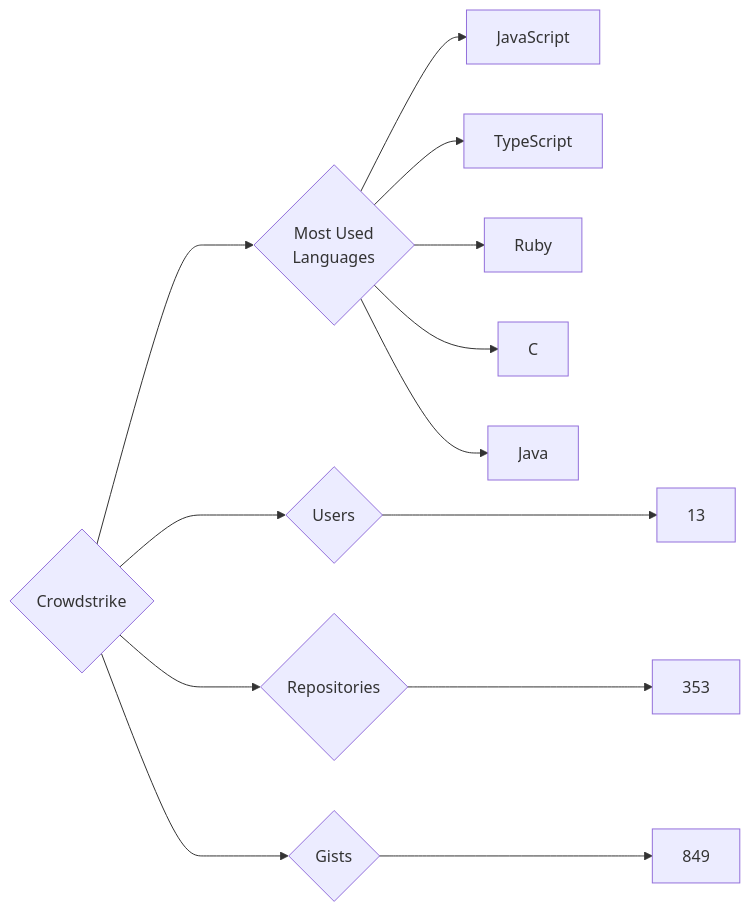
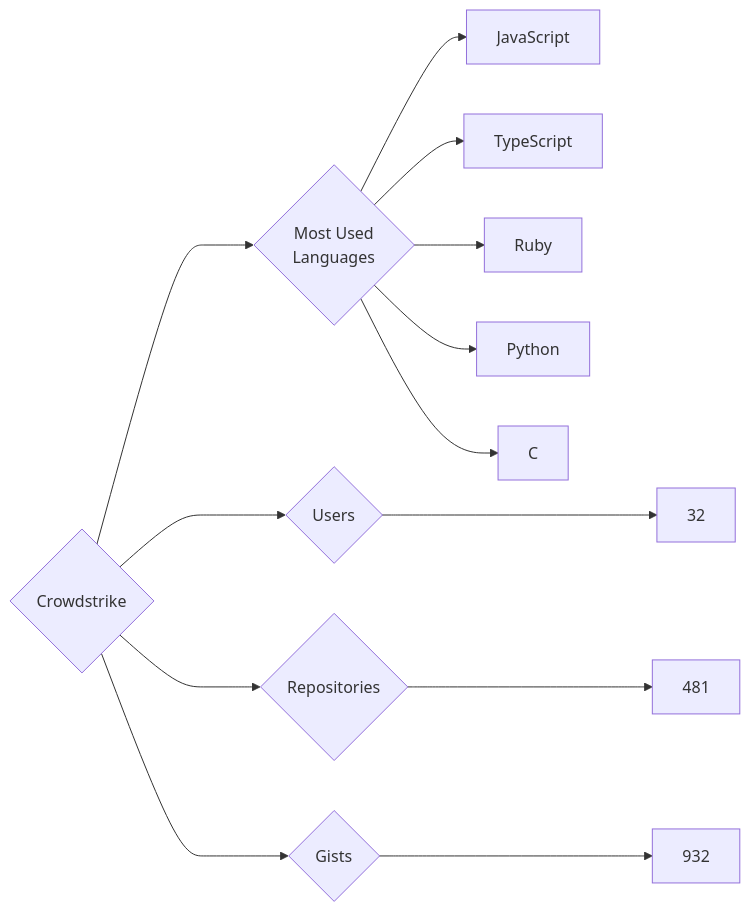
The diagram in targets/Crowdstrike/README.md (trickest/insiders), drawn with Mermaid before and after one commit. The commit also changed 681 other files, not shown here.

````diff
--- a/targets/Crowdstrike/README.md
+++ b/targets/Crowdstrike/README.md
@@ -3,13 +3,13 @@
 ```mermaid
 graph LR
 COMPANY_NAME{Crowdstrike}
-COMPANY_NAME ---> U{Users} ---> UN[13]
-COMPANY_NAME ---> R{Repositories} ---> RN[353]
-COMPANY_NAME ---> G{Gists} ---> GN[849]
+COMPANY_NAME ---> U{Users} ---> UN[32]
+COMPANY_NAME ---> R{Repositories} ---> RN[481]
+COMPANY_NAME ---> G{Gists} ---> GN[932]
 COMPANY_NAME ---> ML{Most Used<br>Languages}
 ML --> JavaScript[JavaScript]
 ML --> TypeScript[TypeScript]
 ML --> Ruby[Ruby]
+ML --> Python[Python]
 ML --> C[C]
-ML --> Java[Java]
 ```
````
